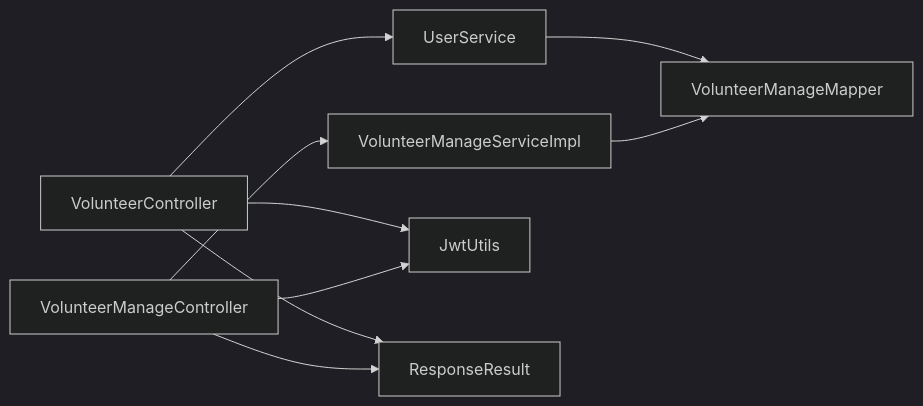
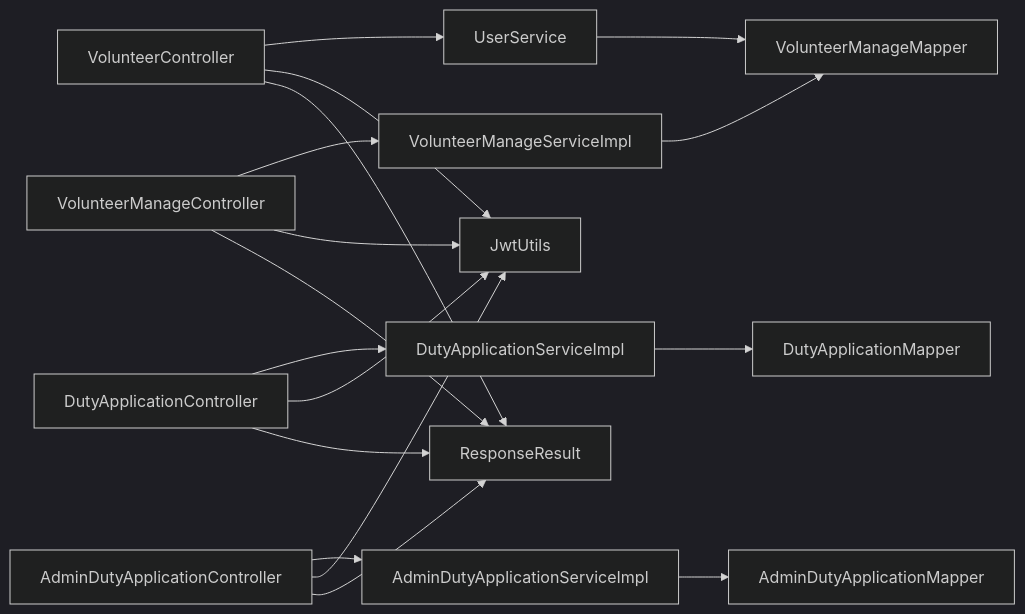
Before and after one commit to gaozihaowin/-: the fourth of 4 diagrams in .qoder/repowiki/zh/content/API接口文档/志愿者管理接口.md, drawn with Mermaid (dark theme). The commit also changed other lines of this file and 9 other files, not shown here.

````diff
--- a/.qoder/repowiki/zh/content/API接口文档/志愿者管理接口.md
+++ b/.qoder/repowiki/zh/content/API接口文档/志愿者管理接口.md
@@ -340,11 +540,19 @@
 ```mermaid
 graph LR
 VC["VolunteerController"] --> US["UserService"]
 VMC["VolunteerManageController"] --> VMSI["VolunteerManageServiceImpl"]
+DAC["DutyApplicationController"] --> DAS["DutyApplicationServiceImpl"]
+ADC["AdminDutyApplicationController"] --> ADSI["AdminDutyApplicationServiceImpl"]
 US --> VMM["VolunteerManageMapper"]
 VMSI --> VMM
+DAS --> DAM["DutyApplicationMapper"]
+ADSI --> ADMM["AdminDutyApplicationMapper"]
 VC --> JWT["JwtUtils"]
 VMC --> JWT
+DAC --> JWT
+ADC --> JWT
 VC --> RR["ResponseResult"]
 VMC --> RR
+DAC --> RR
+ADC --> RR
 ```
````
